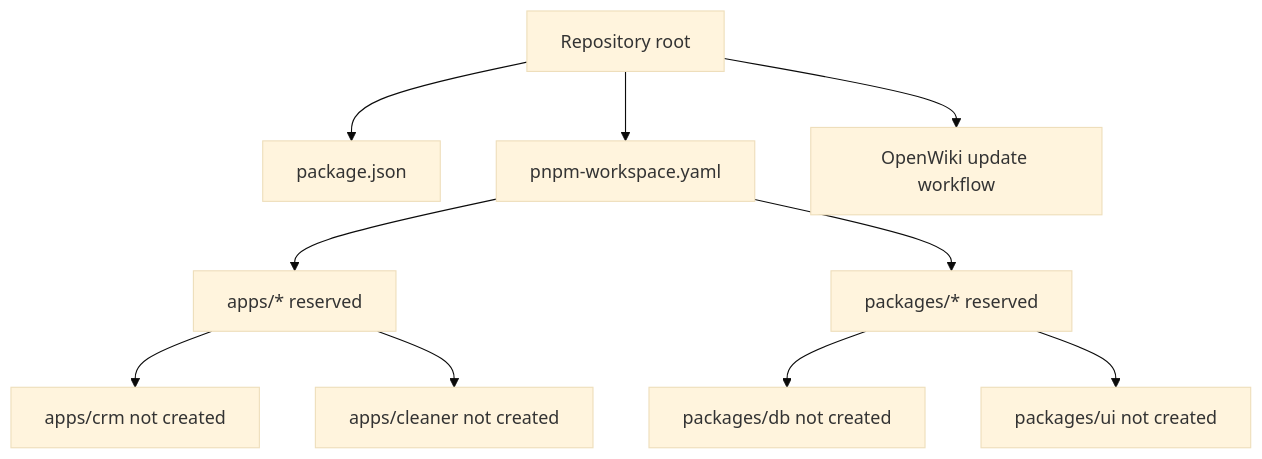
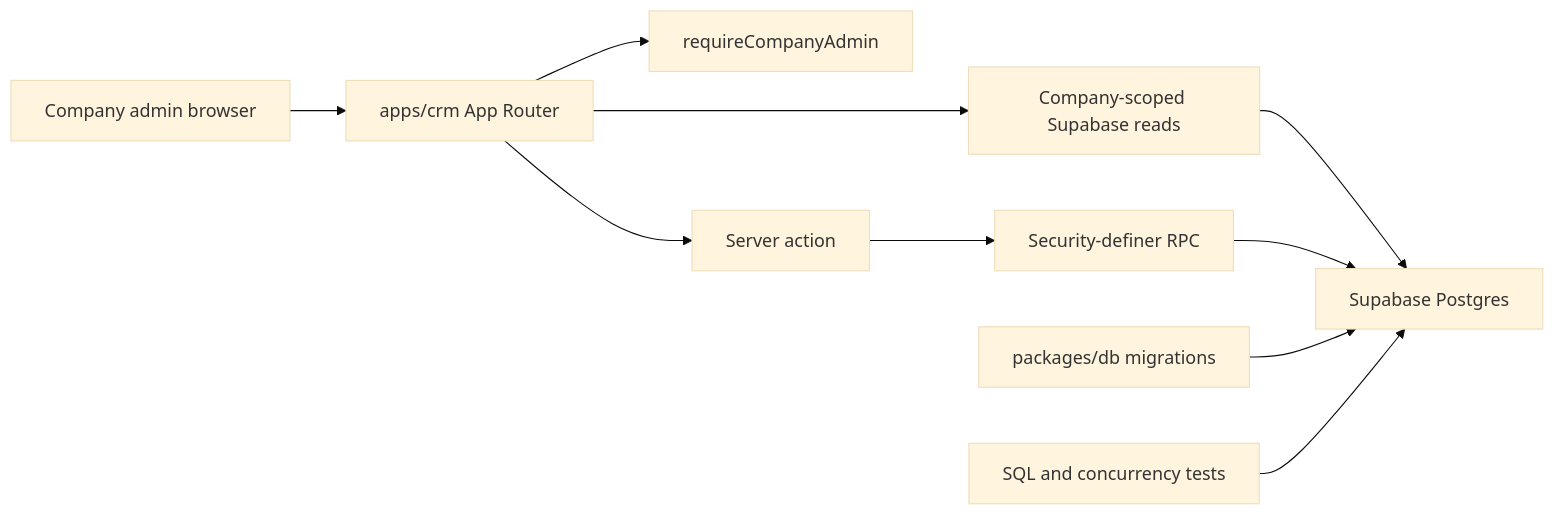
One commit to lspinheiro/clean_app_crm changed the diagram in openwiki/architecture/overview.md. Above: the diagram before and after it, drawn with Mermaid (base theme). The commit also changed other lines of this file and 24 other files, not shown here.

````diff
--- a/openwiki/architecture/overview.md
+++ b/openwiki/architecture/overview.md
@@ -18,12 +18,12 @@
 ```mermaid
-flowchart TD
-    Root["Repository root"] --> Manifest["package.json"]
-    Root --> Workspace["pnpm-workspace.yaml"]
-    Workspace --> Apps["apps/* reserved"]
-    Workspace --> Packages["packages/* reserved"]
-    Root --> Workflow["OpenWiki update workflow"]
-    Apps --> CRM["apps/crm not created"]
-    Apps --> Cleaner["apps/cleaner not created"]
-    Packages --> Database["packages/db not created"]
-    Packages --> UI["packages/ui not created"]
+flowchart LR
+    Browser["Company admin browser"] --> Next["apps/crm App Router"]
+    Next --> Session["requireCompanyAdmin"]
+    Next --> Read["Company-scoped Supabase reads"]
+    Next --> Action["Server action"]
+    Action --> RPC["Security-definer RPC"]
+    Read --> Supabase["Supabase Postgres"]
+    RPC --> Supabase
+    Migrations["packages/db migrations"] --> Supabase
+    SQLTests["SQL and concurrency tests"] --> Supabase
 ```
````
